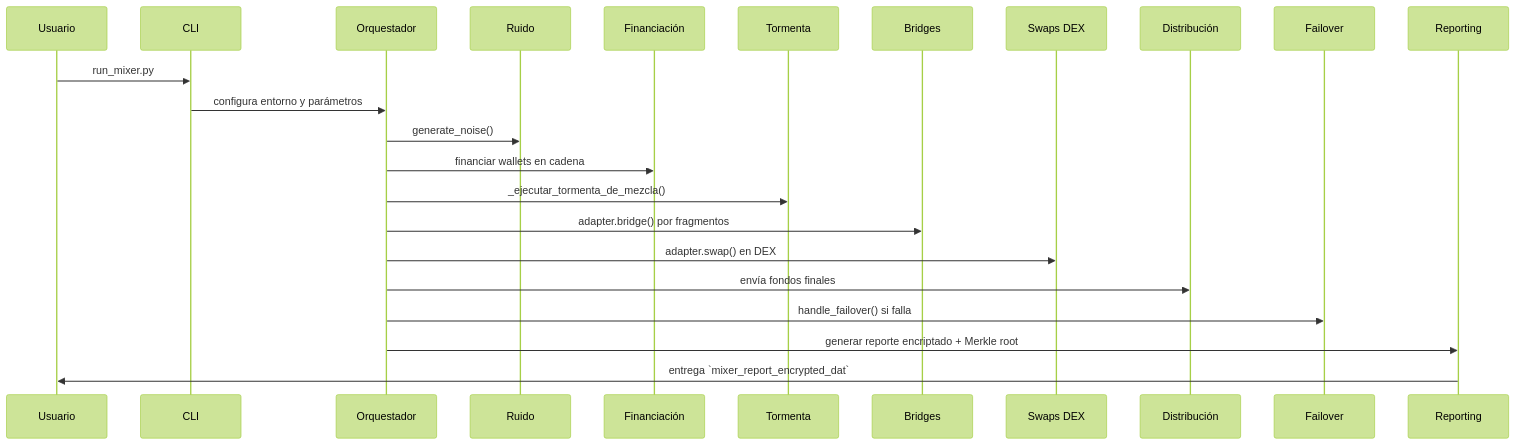
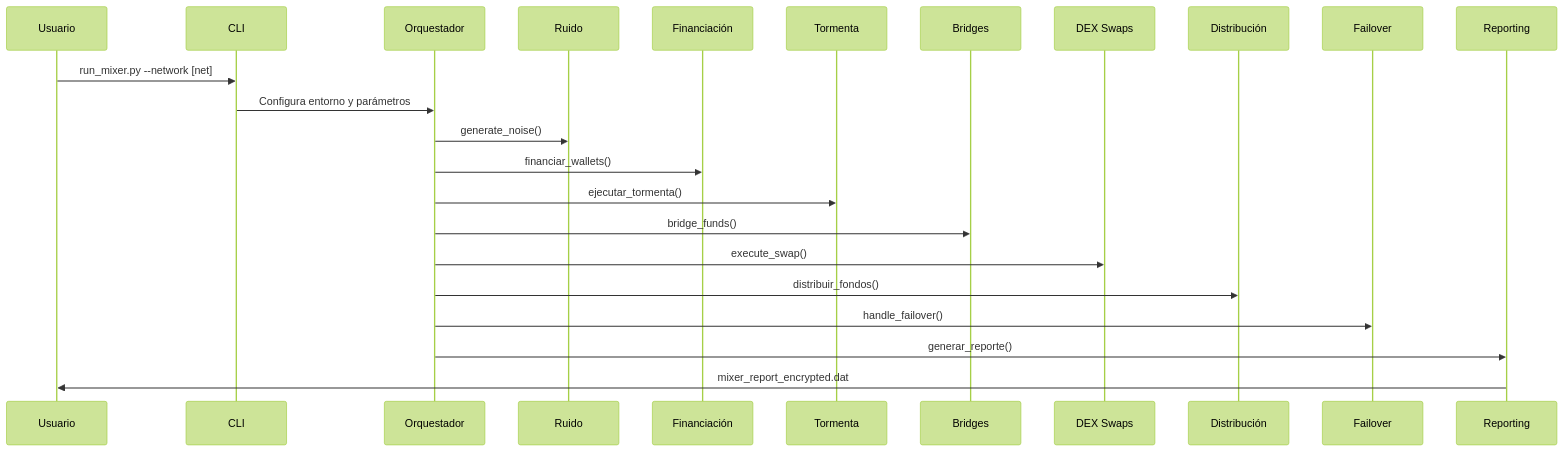
One commit to federicolopeza/mixer changed the diagram in README.md. Above: the diagram before and after it, drawn with Mermaid (forest theme). The commit also changed other lines of this file, not shown here.

Commit message:
docs: reestructurar y actualizar README de SuperMixer v2, mejorando la claridad y añadiendo nuevas secciones sobre características clave, arquitectura y personalización avanzada

````diff
--- a/README.md
+++ b/README.md
@@ -44,26 +39,26 @@
 ```mermaid
 sequenceDiagram
   participant U as Usuario
   participant CLI as CLI
   participant ORQ as Orquestador
   participant NOISE as Ruido
   participant FUND as Financiación
   participant STORM as Tormenta
   participant BR as Bridges
-  participant DEX as Swaps DEX
+  participant DEX as DEX Swaps
   participant DIST as Distribución
   participant FAIL as Failover
   participant REP as Reporting
 
-  U->>CLI: run_mixer.py
-  CLI->>ORQ: configura entorno y parámetros
+  U->>CLI: run_mixer.py --network [net]
+  CLI->>ORQ: Configura entorno y parámetros
   ORQ->>NOISE: generate_noise()
-  ORQ->>FUND: financiar wallets en cadena
-  ORQ->>STORM: _ejecutar_tormenta_de_mezcla()
-  ORQ->>BR: adapter.bridge() por fragmentos
-  ORQ->>DEX: adapter.swap() en DEX
-  ORQ->>DIST: envía fondos finales
-  ORQ->>FAIL: handle_failover() si falla
-  ORQ->>REP: generar reporte encriptado + Merkle root
-  REP->>U: entrega `mixer_report_encrypted_dat`
+  ORQ->>FUND: financiar_wallets()
+  ORQ->>STORM: ejecutar_tormenta()
+  ORQ->>BR: bridge_funds()
+  ORQ->>DEX: execute_swap()
+  ORQ->>DIST: distribuir_fondos()
+  ORQ->>FAIL: handle_failover()
+  ORQ->>REP: generar_reporte()
+  REP->>U: mixer_report_encrypted.dat
 ```
````
